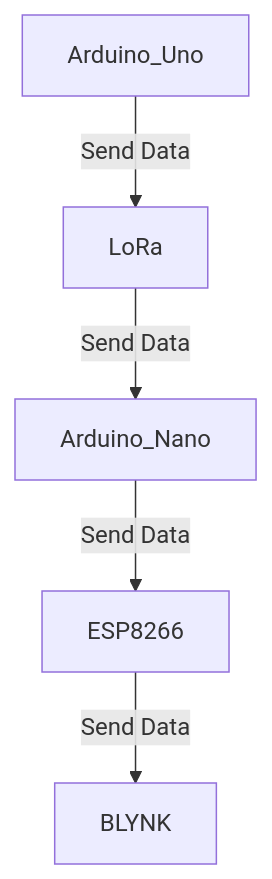
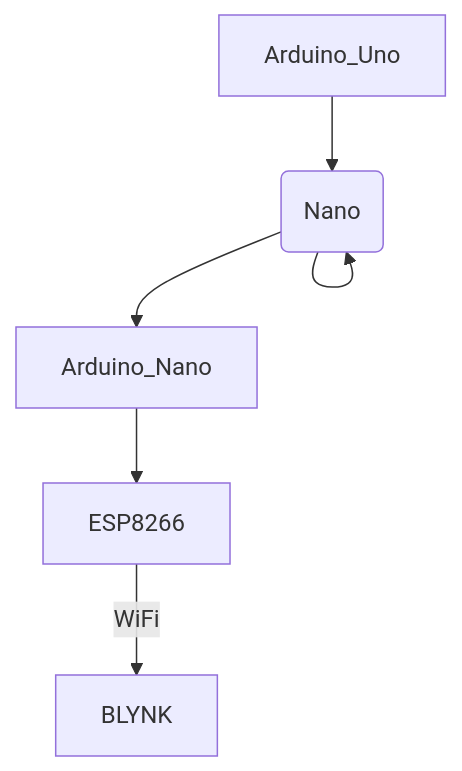
Before and after one commit to william60302/IoT_Team2: the first of 2 diagrams in README.md, drawn with Mermaid. The commit also changed other lines of this file, not shown here.

````diff
--- a/README.md
+++ b/README.md
@@ -28,7 +28,8 @@
 ```mermaid
 graph TD;
-    Arduino_Uno-- Send Data -->LoRa;
-    LoRa-- Send Data -->Arduino_Nano;
-    Arduino_Nano-- Send Data -->ESP8266;
-    ESP8266-- Send Data -->BLYNK
+    Arduino_Uno-->LoRa(Uno);
+    LoRa(Uno)-->LoRa(Nano)
+    LoRa(Nano)-->Arduino_Nano;
+    Arduino_Nano-->ESP8266;
+    ESP8266-- WiFi -->BLYNK
 ```
````
